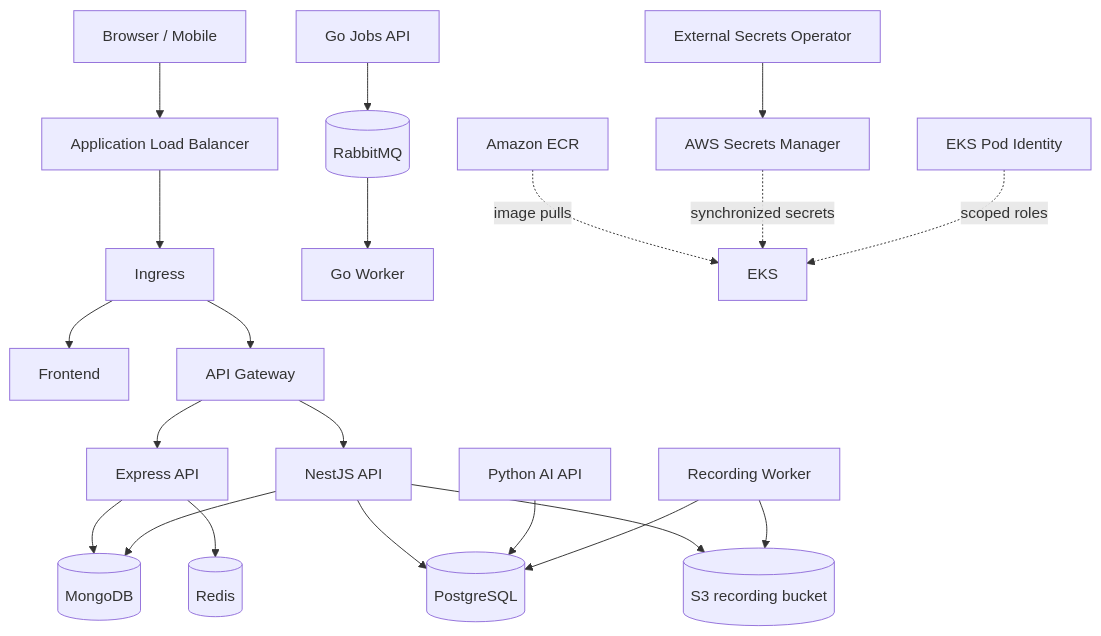
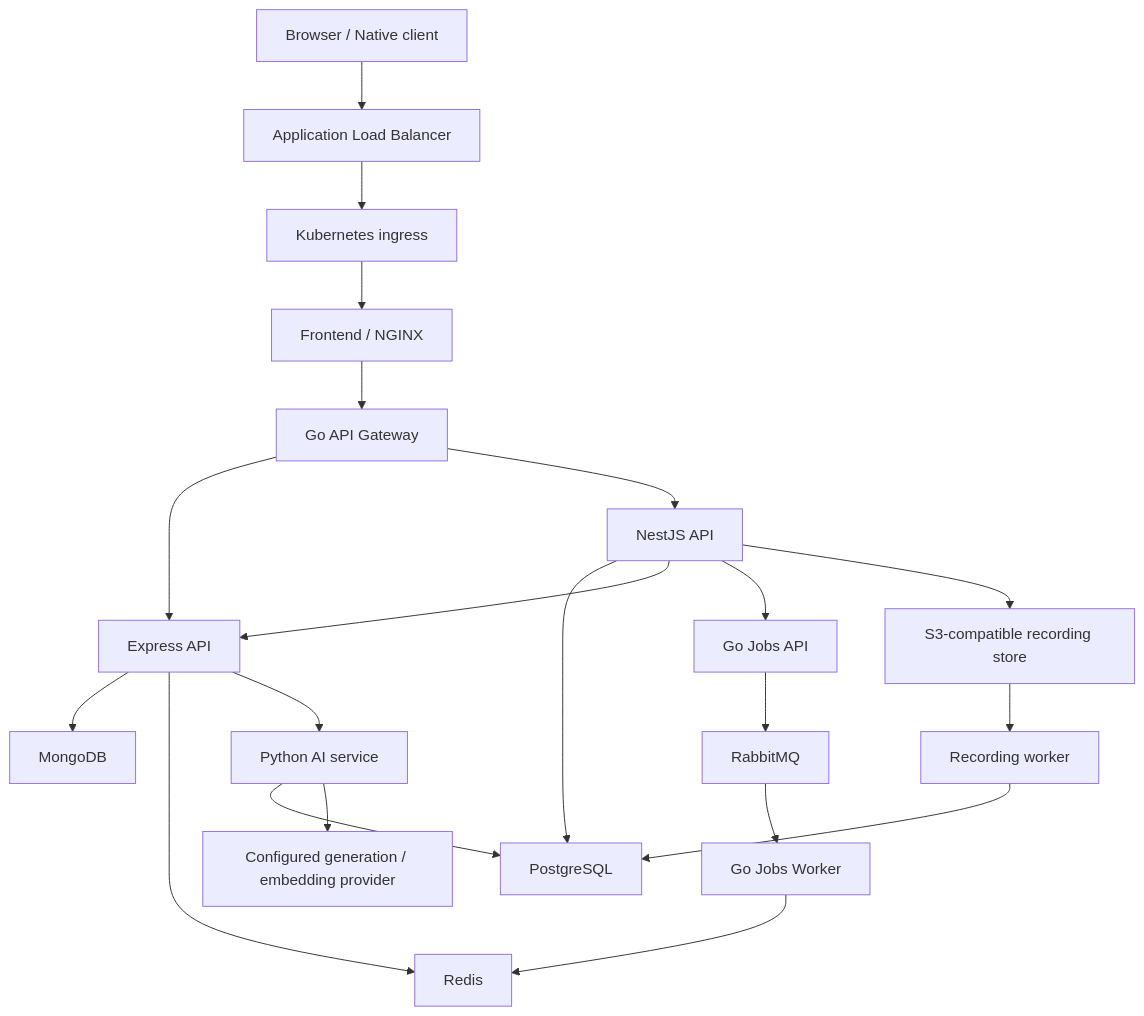
One commit to CLOUDVGR2/Relay-monorepo changed the diagram in docs/architecture/aws-deployment.md. Above: the diagram before and after it, drawn with Mermaid. The commit also changed other lines of this file and 50 other files, not shown here.

````diff
--- a/docs/architecture/aws-deployment.md
+++ b/docs/architecture/aws-deployment.md
@@ -9,23 +21,23 @@
 ```mermaid
 flowchart TB
-  CLIENT[Browser / Mobile] --> ALB[Application Load Balancer]
-  ALB --> ING[Ingress]
-  ING --> FE[Frontend]
-  ING --> GW[API Gateway]
-  GW --> EXP[Express API]
+  B[Browser / Native client] --> ALB[Application Load Balancer]
+  ALB --> ING[Kubernetes ingress]
+  ING --> FE[Frontend / NGINX]
+  FE --> GW[Go API Gateway]
+  GW --> EX[Express API]
   GW --> NEST[NestJS API]
-  EXP --> M[(MongoDB)]
-  EXP --> R[(Redis)]
-  NEST --> PG[(PostgreSQL)]
-  NEST --> M
-  NEST --> S3[(S3 recording bucket)]
-  PY[Python AI API] --> PG
-  GOAPI[Go Jobs API] --> MQ[(RabbitMQ)]
-  MQ --> GOW[Go Worker]
-  REC[Recording Worker] --> S3
-  REC --> PG
-  ECR[Amazon ECR] -. image pulls .-> EKS[EKS]
-  ESO[External Secrets Operator] --> SM[AWS Secrets Manager]
-  SM -. synchronized secrets .-> EKS
-  IAM[EKS Pod Identity] -. scoped roles .-> EKS
+  EX --> M[MongoDB]
+  EX --> R[Redis]
+  NEST --> PG[PostgreSQL]
+  NEST --> EX
+  EX --> AI[Python AI service]
+  AI --> PG
+  AI --> LLM[Configured generation / embedding provider]
+  NEST --> J[Go Jobs API]
+  J --> MQ[RabbitMQ]
+  MQ --> W[Go Jobs Worker]
+  W --> R
+  NEST --> OBJ[S3-compatible recording store]
+  OBJ --> RW[Recording worker]
+  RW --> PG
 ```
````
